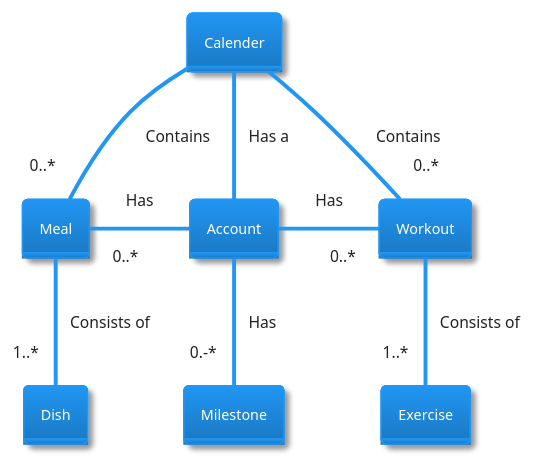
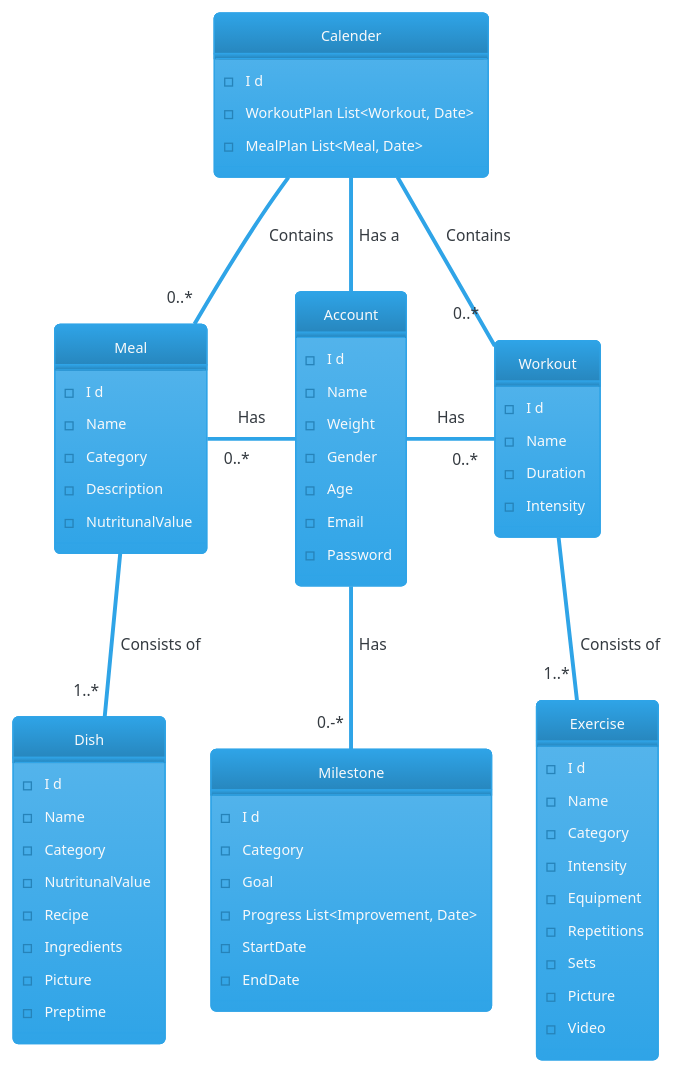
One commit to MartinStokholm/PRJ4_Repo changed the diagram in UML/PlanUML/DomainModel.puml. Above: the diagram before and after it, drawn with PlantUML. The commit also changed 3 other files, not shown here.

```diff
--- a/UML/PlanUML/DomainModel.puml
+++ b/UML/PlanUML/DomainModel.puml
@@ -1,89 +1,85 @@
-@startuml
+@startuml Domain Model
 ' !theme carbon-gray
 ' !theme plain
 ' !theme aws-orange
-!theme materia
+' !theme materia
+!theme cerulean
 hide circle
-hide members
+' hide members
 
 class Calender {
     - I d
     - WorkoutPlan List<Workout, Date> 
     - MealPlan List<Meal, Date> 
 }
 
 class Account {
     - I d
     - Name
     - Weight
     - Gender
     - Age
     - Email 
     - Password
 }
 
-
 Class Workout {
     - I d
     - Name 
     - Duration
     - Intensity
 }
 
 class Exercise {
     - I d
     - Name 
     - Category
-    - Duration
+'    - Duration  // Doesn't make sense to include
     - Intensity
+    - Equipment
     - Repetitions
-    - Set
+    - Sets
     - Picture
     - Video
 }
-
 
 class Meal {
     - I d 
     - Name 
     - Category
     - Description
     - NutritunalValue
 }
 
 class Dish {
     - I d
     - Name 
     - Category
     - NutritunalValue
     - Recipe
     - Ingredients
     - Picture
     - Preptime
 }
 
-
-
 class Milestone {
     - I d
     - Category
     - Goal
     - Progress List<Improvement, Date>
     - StartDate
     - EndDate 
 }
-
 
 Account  -l- "0..*" Meal : Has 
 Account  -u- Calender : Has a
 Account  -r-  "0..*"Workout : Has 
 Account  -d- "0.-*" Milestone : Has 
 
 Meal -d- "1..*" Dish : Consists of 
 Workout -d- "1..*" Exercise : Consists of
 
 Calender -- "0..*" Workout : Contains
 Calender -- "0..*" Meal : Contains
 
-
 @enduml
```
